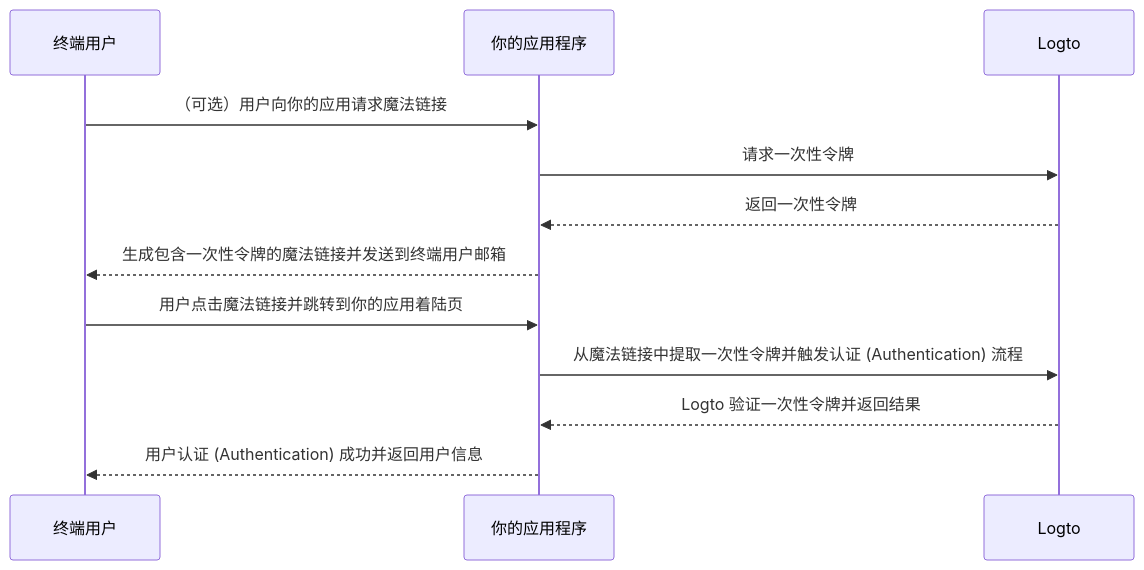
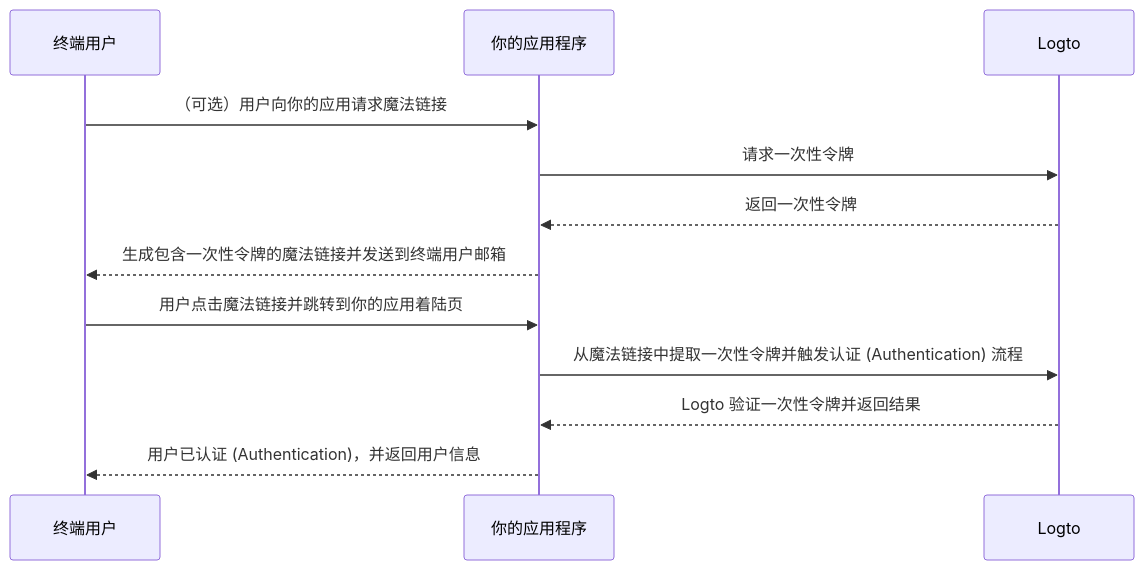
One commit to logto-io/docs changed the diagram in i18n/zh-CN/docusaurus-plugin-content-docs/current/end-user-flows/one-time-token.mdx. Above: the diagram before and after it, drawn with Mermaid. The commit also changed other lines of this file and 117 other files, not shown here.

````diff
--- a/i18n/zh-CN/docusaurus-plugin-content-docs/current/end-user-flows/one-time-token.mdx
+++ b/i18n/zh-CN/docusaurus-plugin-content-docs/current/end-user-flows/one-time-token.mdx
@@ -40,15 +38,15 @@
 ```mermaid
 sequenceDiagram
   participant U as 终端用户
   participant C as 你的应用程序
   participant L as Logto
 
   U ->> C: （可选）用户向你的应用请求魔法链接
   C ->> L: 请求一次性令牌
   L -->> C: 返回一次性令牌
   C -->> U: 生成包含一次性令牌的魔法链接并发送到终端用户邮箱
   U ->> C: 用户点击魔法链接并跳转到你的应用着陆页
   C ->> L: 从魔法链接中提取一次性令牌并触发认证 (Authentication) 流程
   L -->> C: Logto 验证一次性令牌并返回结果
-  C -->> U: 用户认证 (Authentication) 成功并返回用户信息
+  C -->> U: 用户已认证 (Authentication)，并返回用户信息
 ```
````
